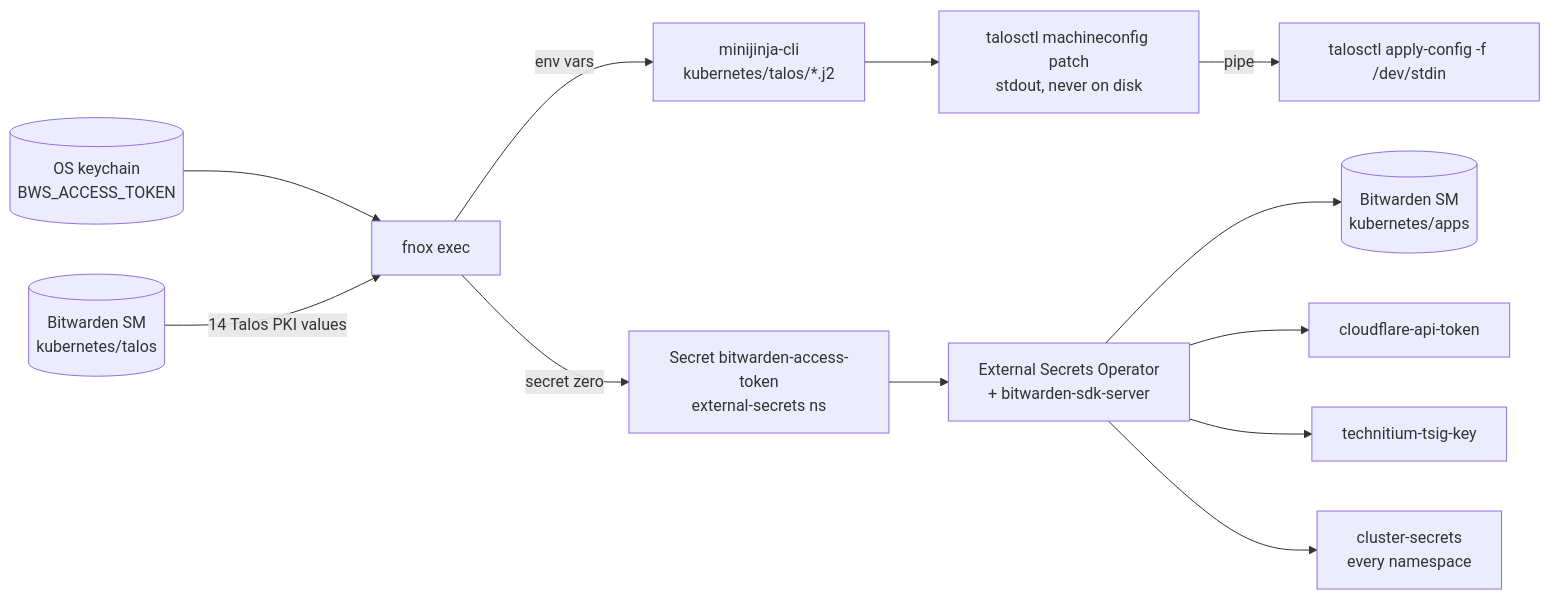
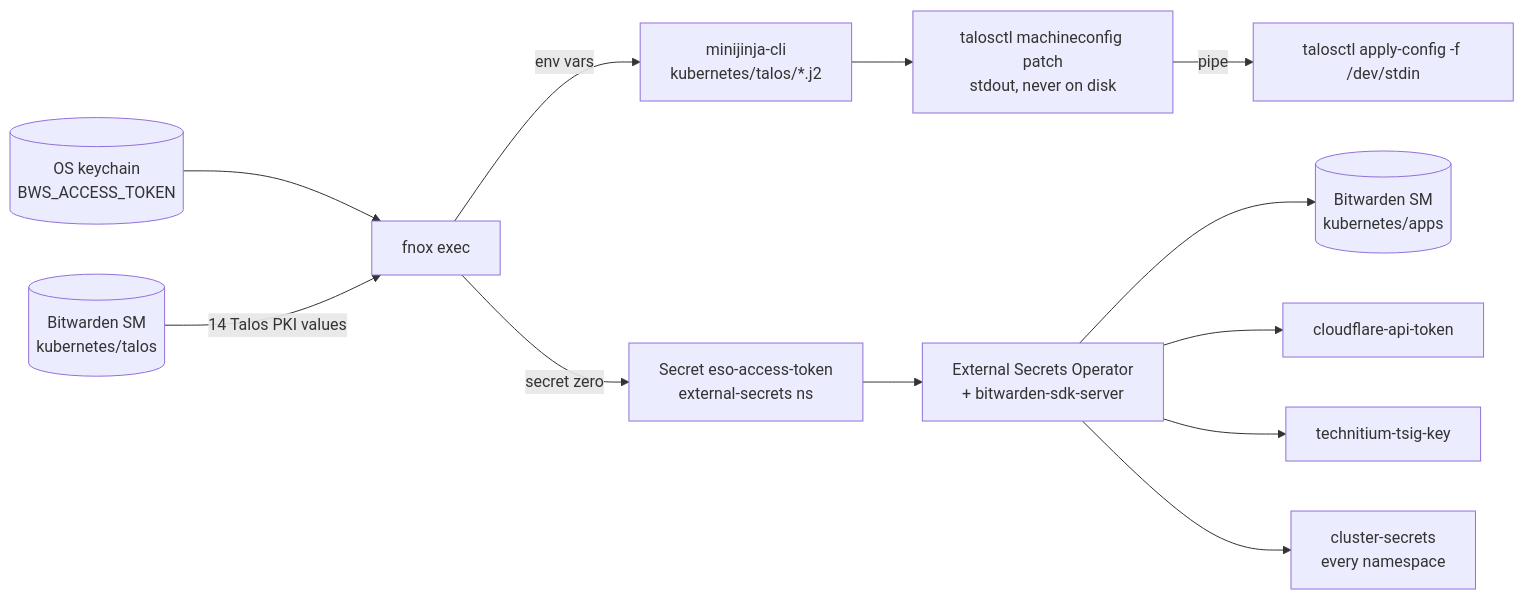
Before and after one commit to d1ll3x/home-ops: the first of 2 diagrams in docs/design.md, drawn with Mermaid. The commit also changed 5 other files, not shown here.

Commit message:
refactor(external-secrets): rename secret zero to eso-access-token

````diff
--- a/docs/design.md
+++ b/docs/design.md
@@ -91,16 +91,16 @@
 ```mermaid
 graph LR
   KC[(OS keychain<br/>BWS_ACCESS_TOKEN)]
   BW[(Bitwarden SM<br/>kubernetes/talos)]
   KC --> FNOX[fnox exec]
   BW -- "14 Talos PKI values" --> FNOX
   FNOX -- "env vars" --> MJ[minijinja-cli<br/>kubernetes/talos/*.j2]
   MJ --> R[talosctl machineconfig patch<br/>stdout, never on disk]
   R -- "pipe" --> TC[talosctl apply-config -f /dev/stdin]
-  FNOX -- "secret zero" --> K8S[Secret bitwarden-access-token<br/>external-secrets ns]
+  FNOX -- "secret zero" --> K8S[Secret eso-access-token<br/>external-secrets ns]
   K8S --> ESO[External Secrets Operator<br/>+ bitwarden-sdk-server]
   ESO --> BWA[(Bitwarden SM<br/>kubernetes/apps)]
   ESO --> S1[cloudflare-api-token]
   ESO --> S2[technitium-tsig-key]
   ESO --> S3[cluster-secrets<br/>every namespace]
 ```
````
